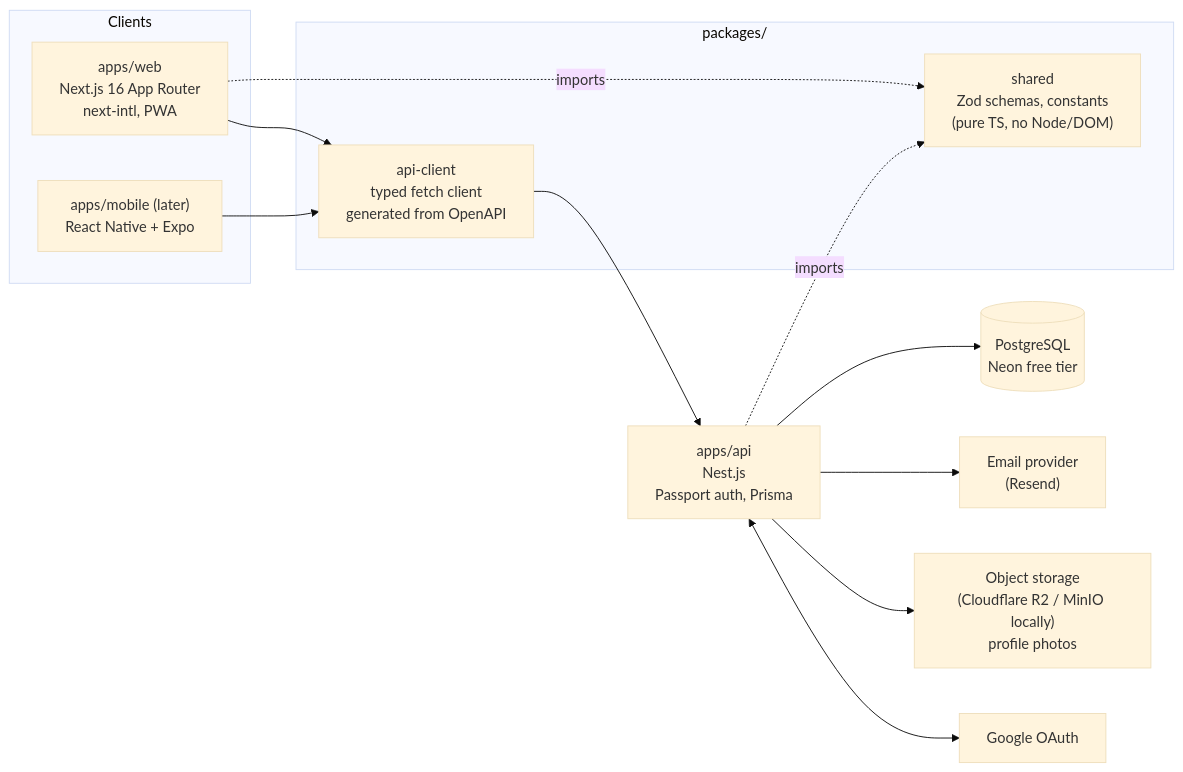
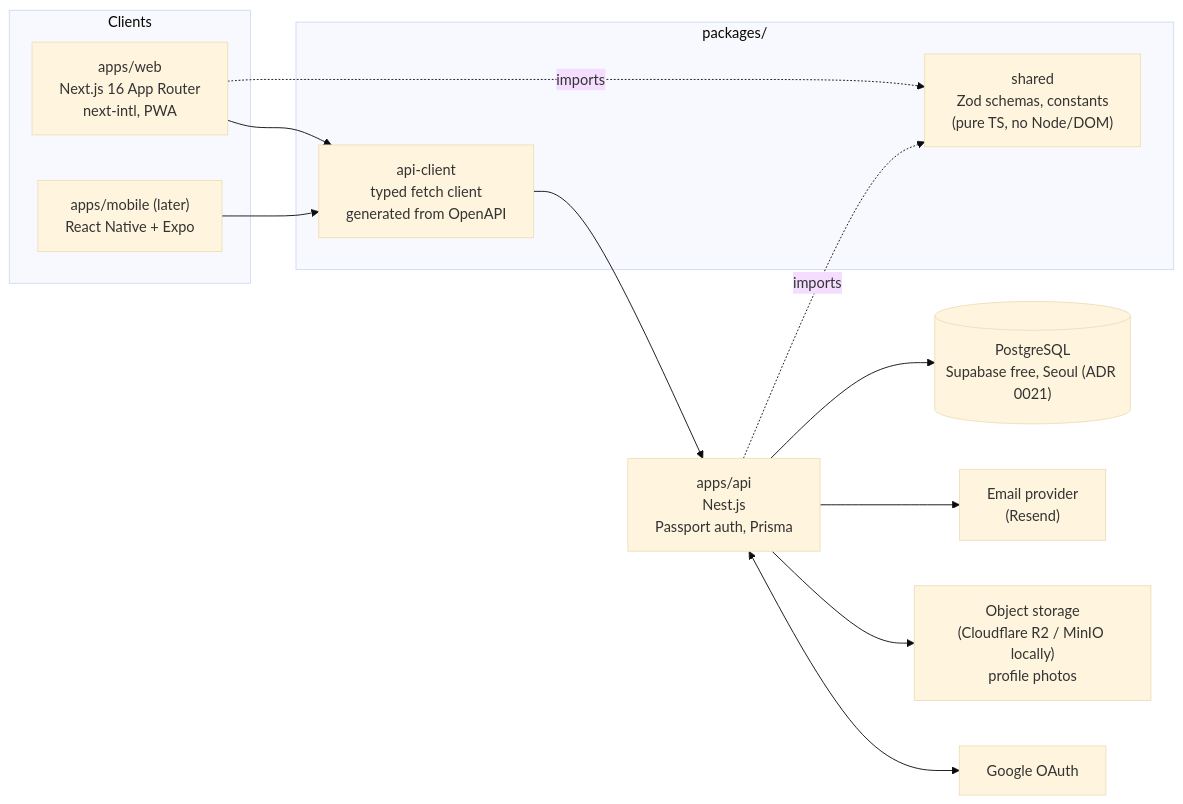
Before and after one commit to snowing152/SkillBoard-Korea: the diagram in docs/architecture.md, drawn with Mermaid (base theme). The commit also changed 20 other files, not shown here.

First line of the commit message:
docs: Phase E specs, roadmap, ADRs 0020-0022 (#1)

````diff
--- a/docs/architecture.md
+++ b/docs/architecture.md
@@ -9,25 +9,25 @@
 ```mermaid
 flowchart LR
   subgraph Clients
     Web["apps/web<br/>Next.js 16 App Router<br/>next-intl, PWA"]
     Mobile["apps/mobile (later)<br/>React Native + Expo"]
   end
   subgraph Shared["packages/"]
     Shared1["shared<br/>Zod schemas, constants<br/>(pure TS, no Node/DOM)"]
     Client["api-client<br/>typed fetch client<br/>generated from OpenAPI"]
   end
   API["apps/api<br/>Nest.js<br/>Passport auth, Prisma"]
-  DB[("PostgreSQL<br/>Neon free tier")]
+  DB[("PostgreSQL<br/>Supabase free, Seoul (ADR 0021)")]
   Mail["Email provider<br/>(Resend)"]
   Store["Object storage<br/>(Cloudflare R2 / MinIO locally)<br/>profile photos"]
   Google["Google OAuth"]
 
   Web --> Client --> API
   Mobile --> Client
   Web -.imports.-> Shared1
   API -.imports.-> Shared1
   API --> DB
   API --> Mail
   API --> Store
   API <--> Google
 ```
````
